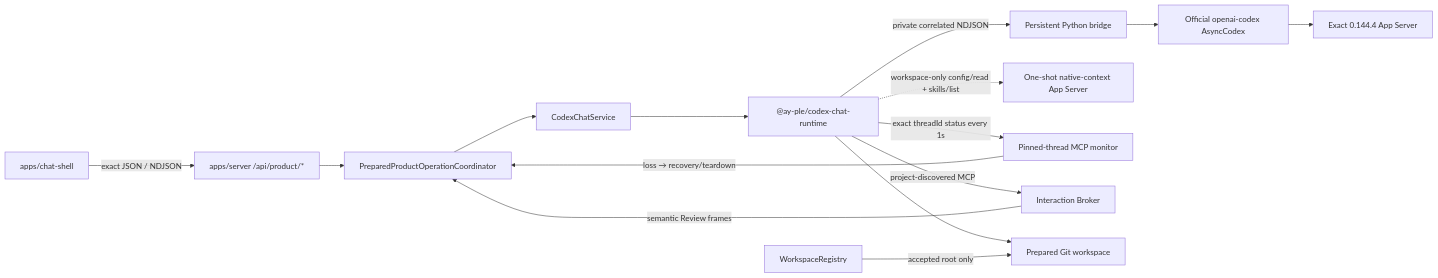
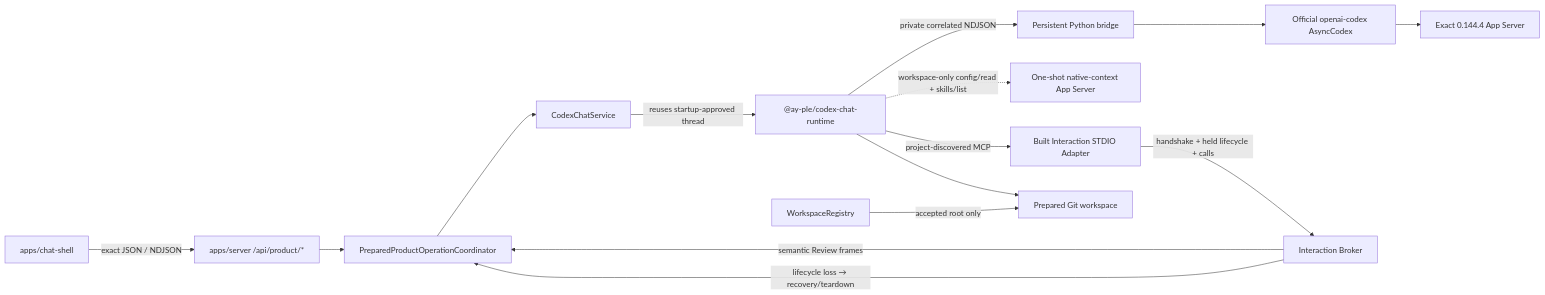
The diagram in docs/architecture/codex-chat-implementation-map.md (Mureung1/hub-showcase), drawn with Mermaid before and after one commit. The commit also changed other lines of this file and 15 other files, not shown here.

Commit message:
docs: align prepared interaction lifecycle

````diff
--- a/docs/architecture/codex-chat-implementation-map.md
+++ b/docs/architecture/codex-chat-implementation-map.md
@@ -52,31 +52,31 @@
 ```mermaid
 flowchart LR
   Shell["apps/chat-shell"]
   ProductHttp["apps/server /api/product/*"]
   Coordinator["PreparedProductOperationCoordinator"]
   Service["CodexChatService"]
   Runtime["@ay-ple/codex-chat-runtime"]
   Python["Persistent Python bridge"]
   SDK["Official openai-codex AsyncCodex"]
   Native["Exact 0.144.4 App Server"]
   Context["One-shot native-context App Server"]
-  Monitor["Pinned-thread MCP monitor"]
+  Adapter["Built Interaction STDIO Adapter"]
   Broker["Interaction Broker"]
   Registry["WorkspaceRegistry"]
   Workspace["Prepared Git workspace"]
 
   Shell -->|"exact JSON / NDJSON"| ProductHttp
   ProductHttp --> Coordinator
   Coordinator --> Service
-  Service --> Runtime
+  Service -->|"reuses startup-approved thread"| Runtime
   Runtime --> Workspace
-  Runtime -->|"project-discovered MCP"| Broker
+  Runtime -->|"project-discovered MCP"| Adapter
+  Adapter -->|"handshake + held lifecycle + calls"| Broker
   Broker -->|"semantic Review frames"| Coordinator
+  Broker -->|"lifecycle loss → recovery/teardown"| Coordinator
   Registry -->|"accepted root only"| Workspace
   Runtime -->|"private correlated NDJSON"| Python
   Python --> SDK
   SDK --> Native
   Runtime -.->|"workspace-only config/read + skills/list"| Context
-  Runtime -->|"exact threadId status every 1s"| Monitor
-  Monitor -->|"loss → recovery/teardown"| Coordinator
 ```
````
